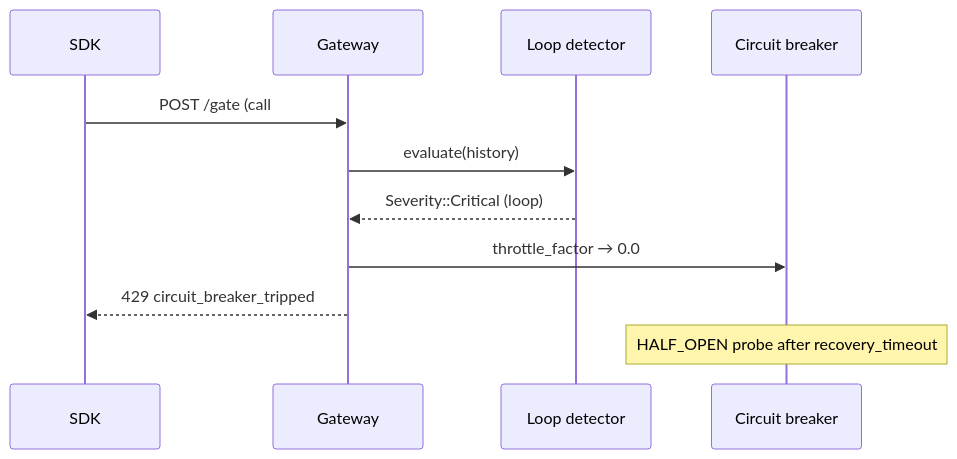
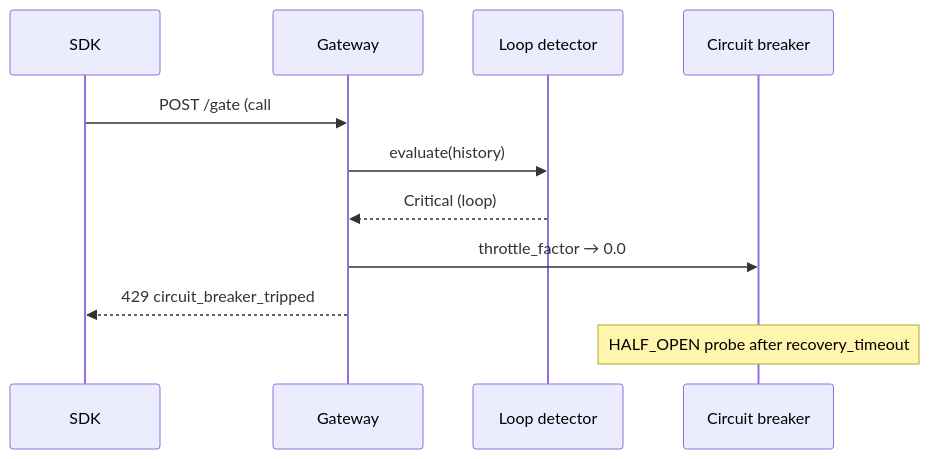
Before and after one commit to nullrunio/nullrun-docs: the third of 3 diagrams in docs/concepts/loop-detection.md, drawn with Mermaid. The commit also changed other lines of this file and 19 other files, not shown here.

````diff
--- a/docs/concepts/loop-detection.md
+++ b/docs/concepts/loop-detection.md
@@ -92,14 +89,14 @@
 ```mermaid
 sequenceDiagram
     participant SDK
     participant GW as Gateway
     participant LD as Loop detector
     participant CB as Circuit breaker
 
     SDK->>GW: POST /gate (call #6 of send_email)
     GW->>LD: evaluate(history)
-    LD-->>GW: Severity::Critical (loop)
+    LD-->>GW: Critical (loop)
     GW->>CB: throttle_factor → 0.0
     GW-->>SDK: 429 circuit_breaker_tripped
     Note over CB: HALF_OPEN probe after recovery_timeout
 ```
````
